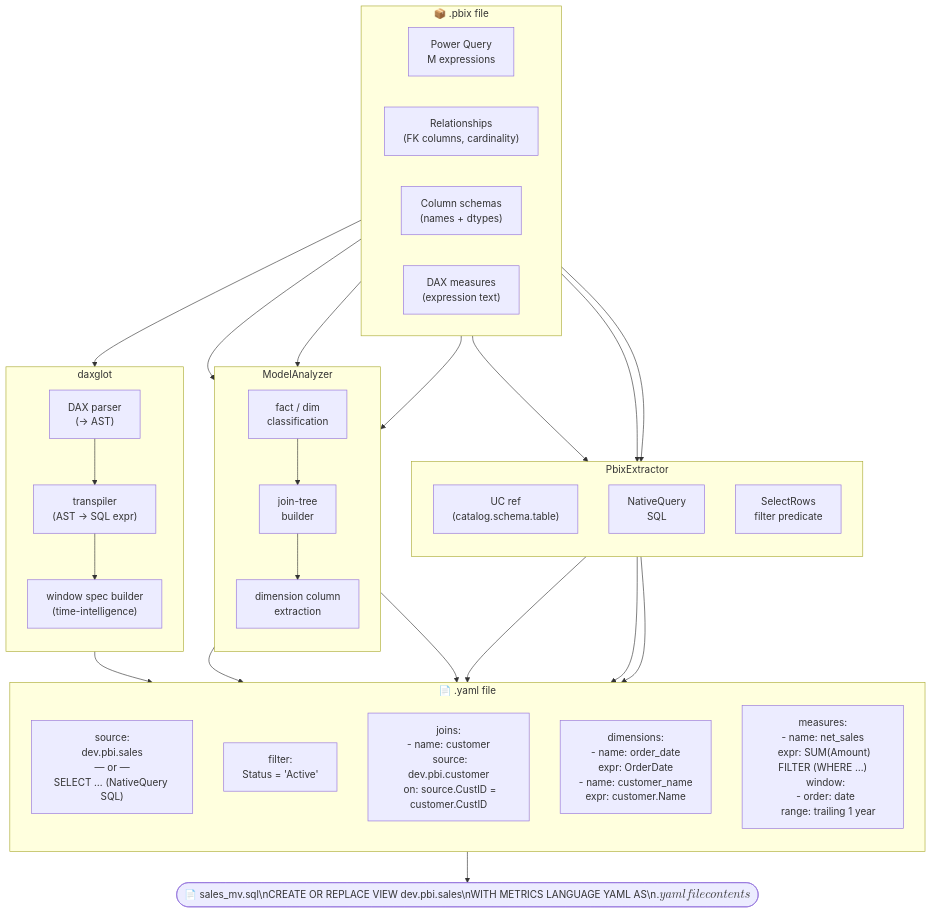
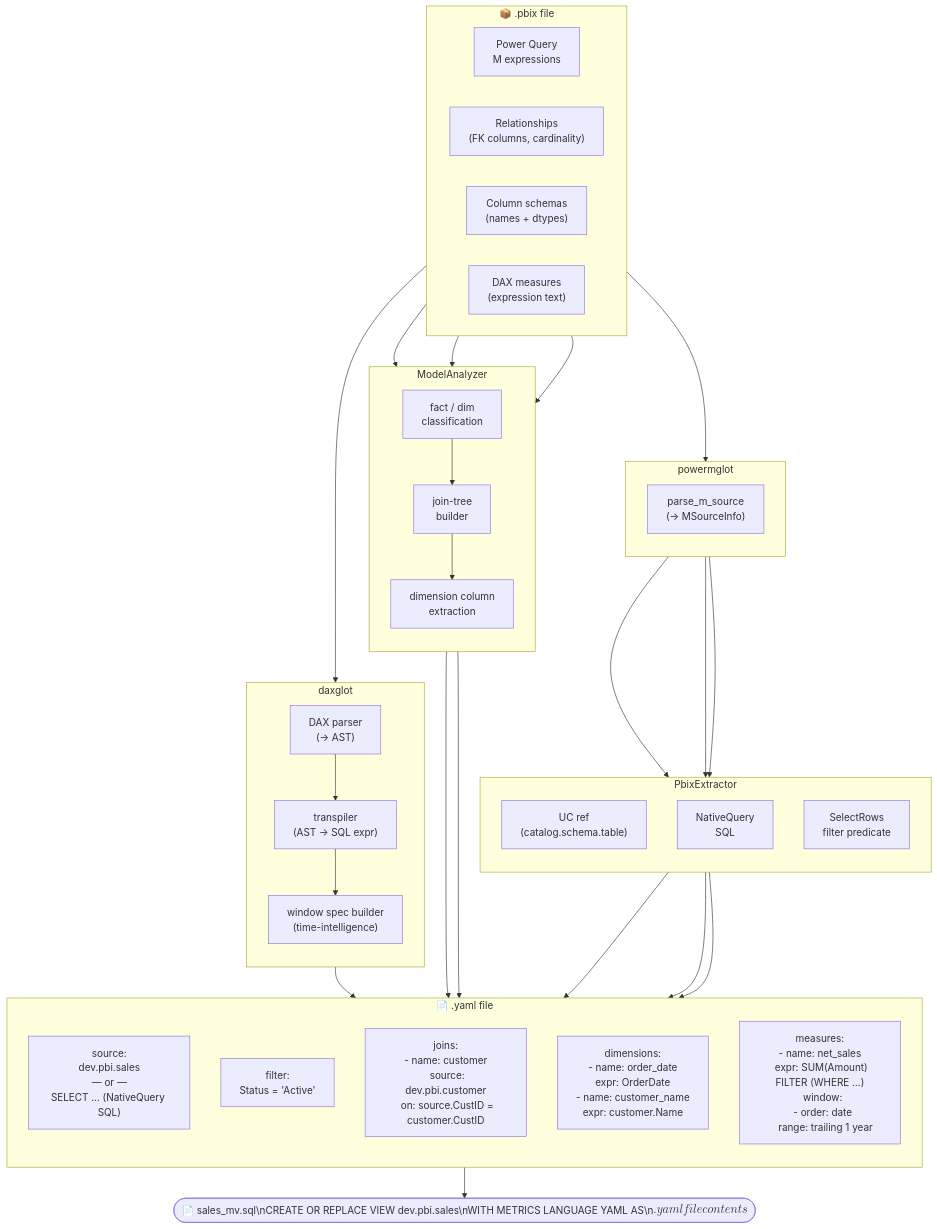
One commit to brookpatten/daxglot changed the diagram in readme.md. Above: the diagram before and after it, drawn with Mermaid. The commit also changed other lines of this file and 4 other files, not shown here.

````diff
--- a/readme.md
+++ b/readme.md
@@ -34,63 +37,69 @@
 ```mermaid
 flowchart TB
     %% ── Power BI source ──────────────────────────────────────────────────
     subgraph pbix ["📦 .pbix file"]
         direction LR
         pq["Power Query\nM expressions"]
         rels["Relationships\n(FK columns, cardinality)"]
         cols["Column schemas\n(names + dtypes)"]
         dax["DAX measures\n(expression text)"]
     end
 
     %% ── Extraction ───────────────────────────────────────────────────────
     subgraph ext ["PbixExtractor"]
         direction TB
         ucref["UC ref\n(catalog.schema.table)"]
         sqlext["NativeQuery\nSQL"]
         filtex["SelectRows\nfilter predicate"]
     end
 
-    pq --> ucref & sqlext & filtex
+    subgraph pmg ["powermglot"]
+        direction TB
+        mparse["parse_m_source\n(→ MSourceInfo)"]
+    end
+
+    pq --> mparse
+    mparse --> ucref & sqlext & filtex
 
     %% ── Analysis ─────────────────────────────────────────────────────────
     subgraph ana ["ModelAnalyzer"]
         direction TB
         classify["fact / dim\nclassification"]
         jointree["join-tree\nbuilder"]
         dimcols["dimension column\nextraction"]
     end
 
     rels        --> classify & jointree
     cols        --> dimcols
     classify    --> jointree
     jointree    --> dimcols
 
     %% ── DAX translation ──────────────────────────────────────────────────
     subgraph daxglot ["daxglot"]
         direction TB
         parser["DAX parser\n(→ AST)"]
         transpiler["transpiler\n(AST → SQL expr)"]
         window["window spec builder\n(time-intelligence)"]
     end
 
     dax --> parser --> transpiler --> window
 
     %% ── YAML output ──────────────────────────────────────────────────────
     subgraph yaml_out ["📄 .yaml file"]
         direction TB
         y_source["source:\ndev.pbi.sales\n— or —\nSELECT … (NativeQuery SQL)"]
         y_filter["filter:\nStatus = 'Active'"]
         y_joins["joins:\n- name: customer\n  source: dev.pbi.customer\n  on: source.CustID = customer.CustID"]
         y_dims["dimensions:\n- name: order_date\n  expr: OrderDate\n- name: customer_name\n  expr: customer.Name"]
         y_measures["measures:\n- name: net_sales\n  expr: SUM(Amount) FILTER (WHERE …)\n  window:\n  - order: date\n    range: trailing 1 year"]
     end
 
     ucref    --> y_source
     sqlext   --> y_source
     filtex   --> y_filter
     jointree --> y_joins
     dimcols  --> y_dims
     window   --> y_measures
 
     yaml_out --> sql_out(["📄 sales_mv.sql\nCREATE OR REPLACE VIEW dev.pbi.sales\nWITH METRICS LANGUAGE YAML AS\n$$ .yaml file contents $$"])
 ```
````
